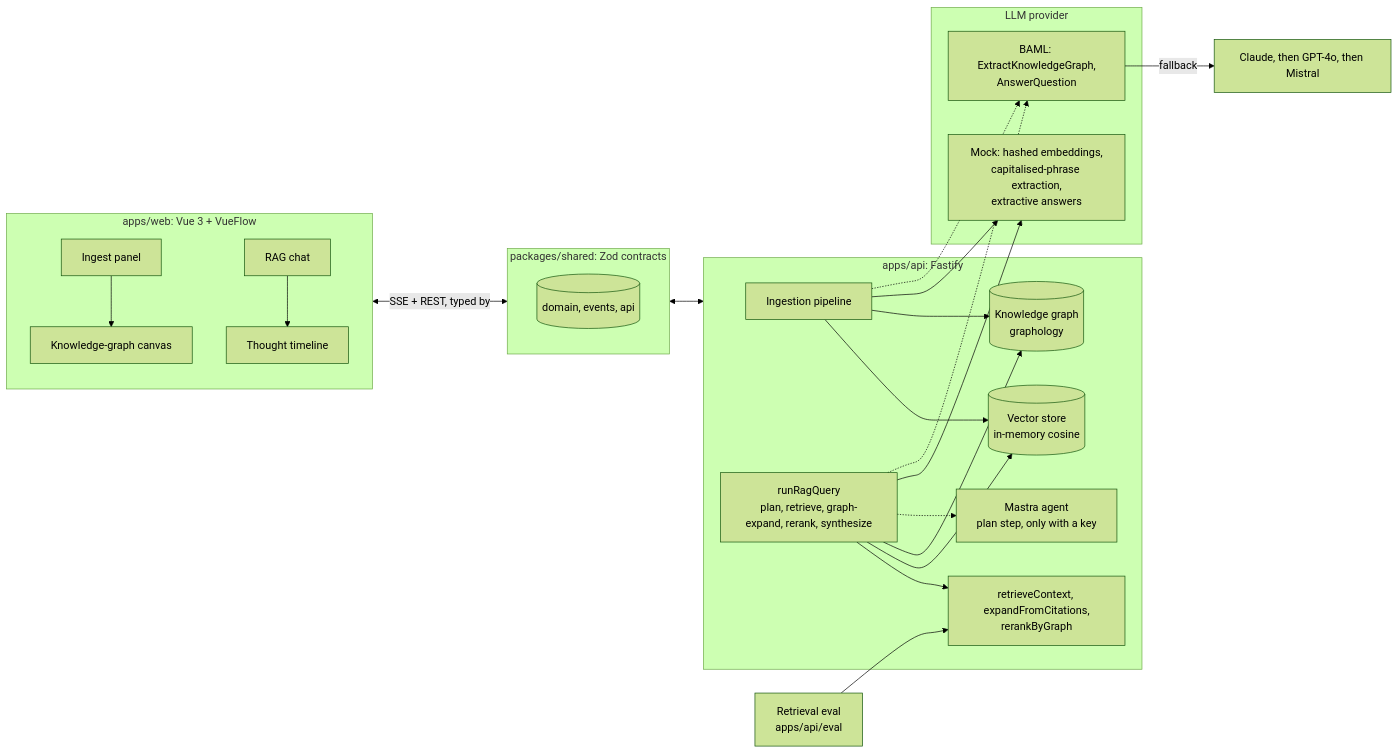
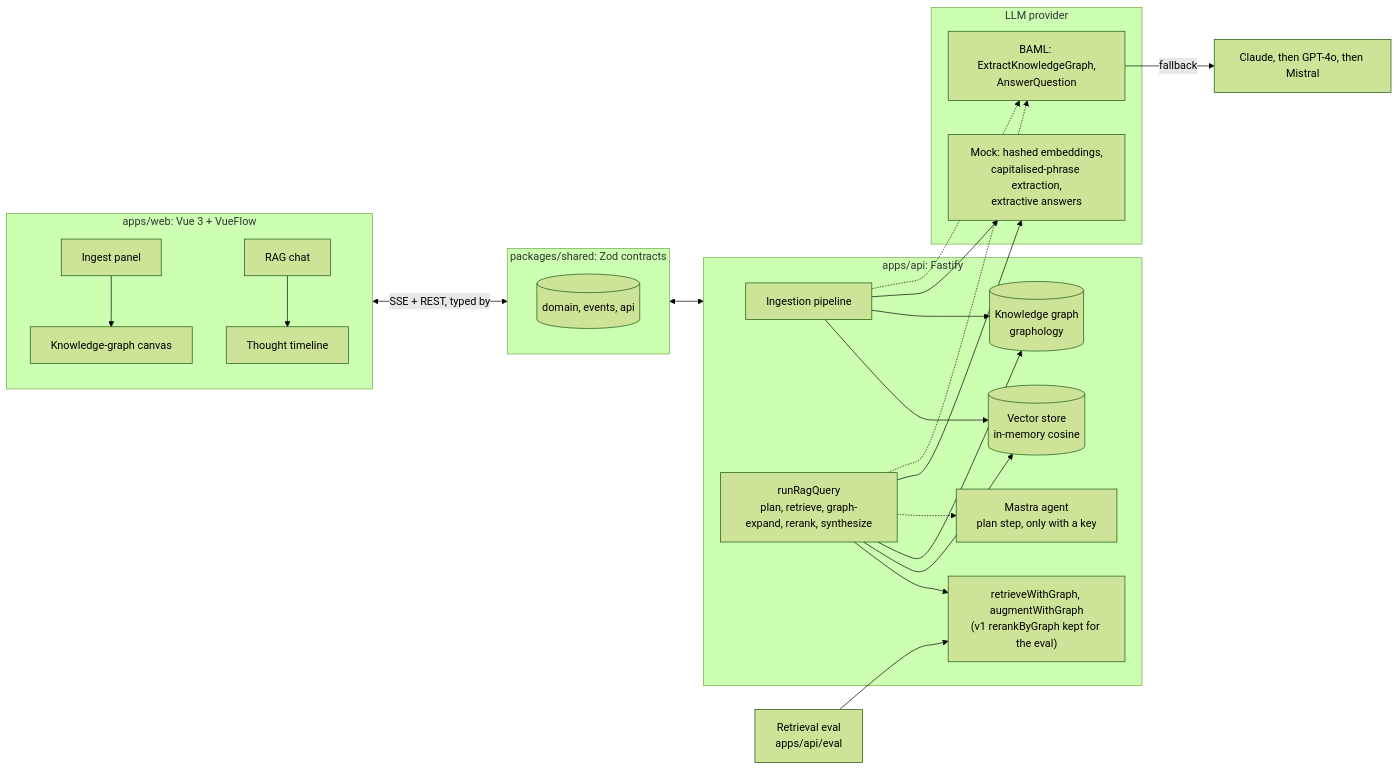
The diagram in README.md (soneeee22000/Knowledge-Graph-RAG-Explorer), drawn with Mermaid (forest theme) before and after one commit. The commit also changed other lines of this file and 7 other files, not shown here.

First line of the commit message:
docs: tell the graph-step before/after story and the one-project deploy

````diff
--- a/README.md
+++ b/README.md
@@ -37,40 +37,40 @@
 ```mermaid
 flowchart LR
   subgraph Web["apps/web: Vue 3 + VueFlow"]
     UI["Ingest panel"] --> Canvas["Knowledge-graph canvas"]
     Chat["RAG chat"] --> Timeline["Thought timeline"]
   end
 
   subgraph Shared["packages/shared: Zod contracts"]
     Contracts[("domain, events, api")]
   end
 
   subgraph API["apps/api: Fastify"]
     Ingest["Ingestion pipeline"]
     Pipeline["runRagQuery<br/>plan, retrieve, graph-expand, rerank, synthesize"]
-    Helpers["retrieveContext, expandFromCitations,<br/>rerankByGraph"]
+    Helpers["retrieveWithGraph, augmentWithGraph<br/>(v1 rerankByGraph kept for the eval)"]
     Agent["Mastra agent<br/>plan step, only with a key"]
     VS[("Vector store<br/>in-memory cosine")]
     KG[("Knowledge graph<br/>graphology")]
   end
 
   subgraph LLM["LLM provider"]
     Mock["Mock: hashed embeddings,<br/>capitalised-phrase extraction,<br/>extractive answers"]
     Baml["BAML: ExtractKnowledgeGraph,<br/>AnswerQuestion"]
   end
 
   Eval["Retrieval eval<br/>apps/api/eval"] --> Helpers
   Pipeline --> Helpers
   Web <-->|"SSE + REST, typed by"| Shared
   Shared <--> API
   Ingest --> VS
   Ingest --> KG
   Pipeline --> VS
   Pipeline --> KG
   Pipeline -.-> Agent
   Ingest --> Mock
   Pipeline --> Mock
   Ingest -.-> Baml
   Pipeline -.-> Baml
   Baml -->|"fallback"| Models["Claude, then GPT-4o, then Mistral"]
 ```
````
